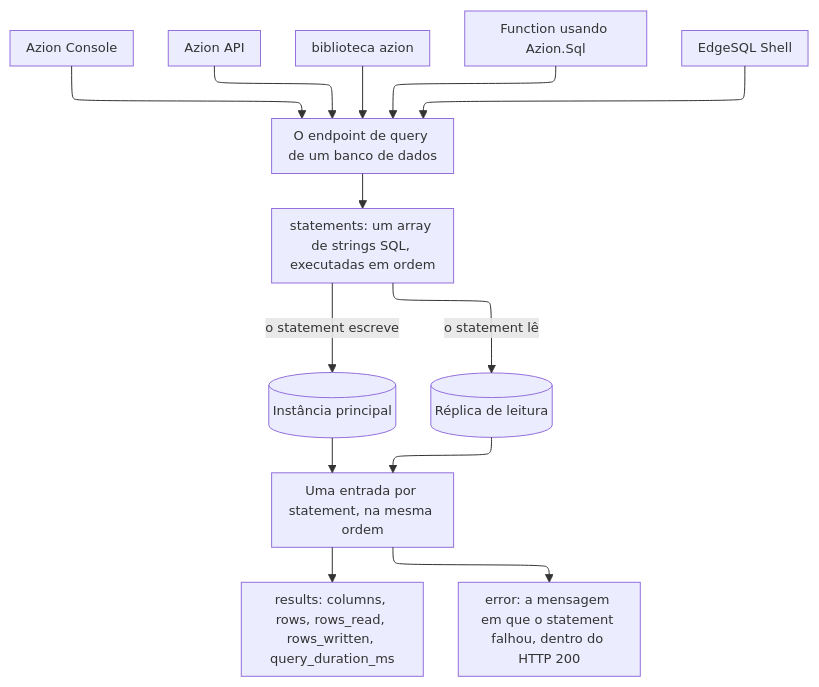
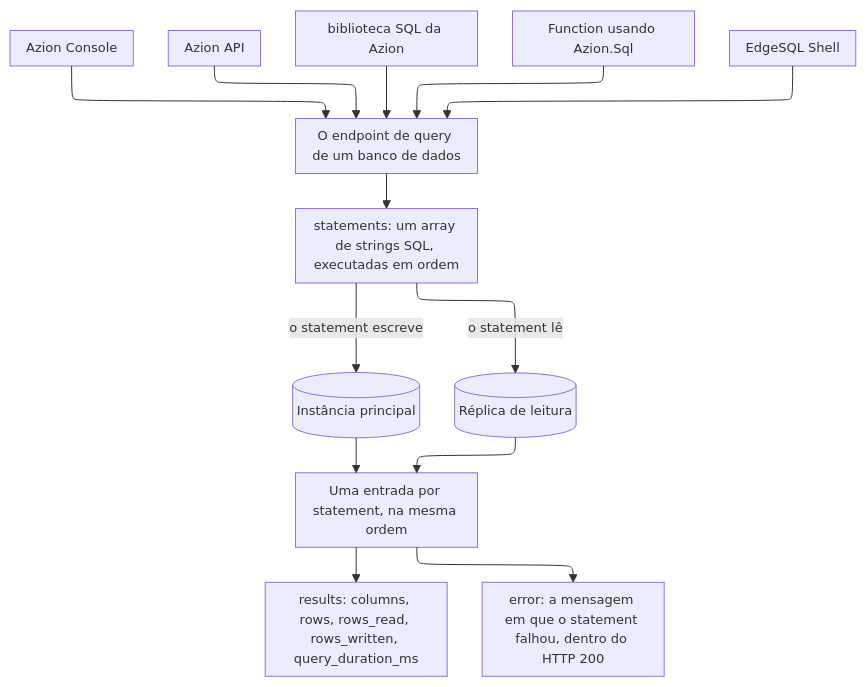
The diagram in apps/docs/src/content/docs/pt-br/pages/store/sql-database/como-funciona.mdx (aziontech/docs), drawn with Mermaid before and after one commit. The commit also changed 19 other files, not shown here.

````diff
--- a/apps/docs/src/content/docs/pt-br/pages/store/sql-database/como-funciona.mdx
+++ b/apps/docs/src/content/docs/pt-br/pages/store/sql-database/como-funciona.mdx
@@ -55,16 +55,16 @@
 ```mermaid
 %%{init: {"layout": "elk", "themeVariables": {"fontSize": "13px"}, "flowchart": {"nodeSpacing": 24, "rankSpacing": 36, "padding": 8, "wrappingWidth": 150, "useMaxWidth": true}, "sequence": {"width": 120, "actorMargin": 30, "useMaxWidth": true}}}%%
 flowchart TD
   Console["Azion Console"] --> Endpoint["O endpoint de query de um banco de dados"]
   Api["Azion API"] --> Endpoint
-  Library["biblioteca azion"] --> Endpoint
+  Library["biblioteca SQL da Azion"] --> Endpoint
   FunctionCaller["Function usando Azion.Sql"] --> Endpoint
   Shell["EdgeSQL Shell"] --> Endpoint
   Endpoint --> Statements["statements: um array de strings SQL, executadas em ordem"]
   Statements -->|"o statement escreve"| Main[("Instância principal")]
   Statements -->|"o statement lê"| Replica[("Réplica de leitura")]
   Main --> Entry["Uma entrada por statement, na mesma ordem"]
   Replica --> Entry
   Entry --> Results["results: columns, rows, rows_read, rows_written, query_duration_ms"]
   Entry --> Error["error: a mensagem em que o statement falhou, dentro do HTTP 200"]
 ```
````
